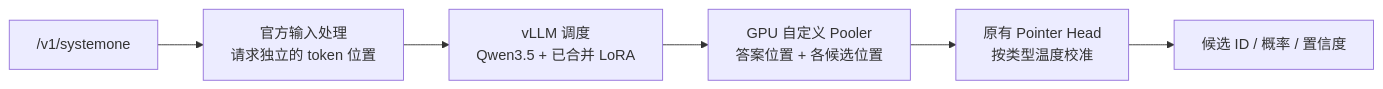
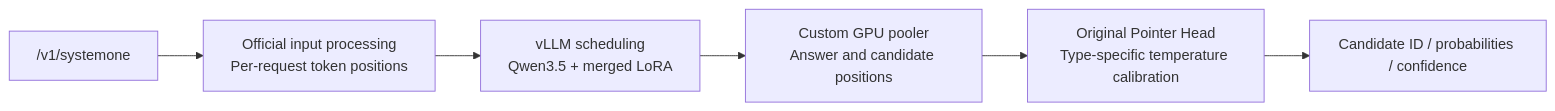
One commit to milan9527/StrandsDeciderVLLM changed the diagram in README.md. Above: the diagram before and after it, drawn with Mermaid. The commit also changed other lines of this file and 43 other files, not shown here.

````diff
--- a/README.md
+++ b/README.md
@@ -22,8 +34,8 @@
 ```mermaid
 flowchart LR
-    A["/v1/systemone"] --> B["官方输入处理<br/>请求独立的 token 位置"]
-    B --> C["vLLM 调度<br/>Qwen3.5 + 已合并 LoRA"]
-    C --> D["GPU 自定义 Pooler<br/>答案位置 + 各候选位置"]
-    D --> E["原有 Pointer Head<br/>按类型温度校准"]
-    E --> F["候选 ID / 概率 / 置信度"]
+    A["/v1/systemone"] --> B["Official input processing<br/>Per-request token positions"]
+    B --> C["vLLM scheduling<br/>Qwen3.5 + merged LoRA"]
+    C --> D["Custom GPU pooler<br/>Answer and candidate positions"]
+    D --> E["Original Pointer Head<br/>Type-specific temperature calibration"]
+    E --> F["Candidate ID / probabilities / confidence"]
 ```
````
